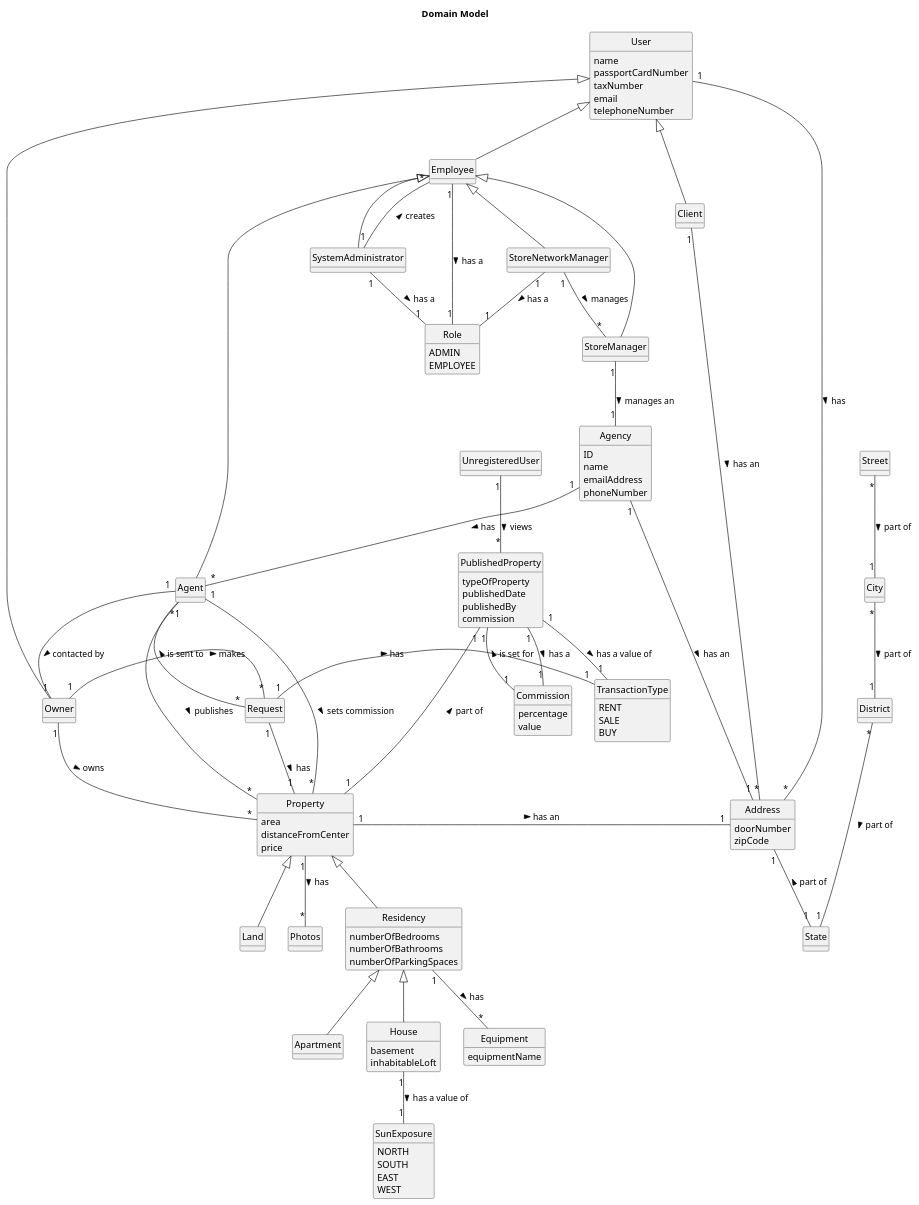
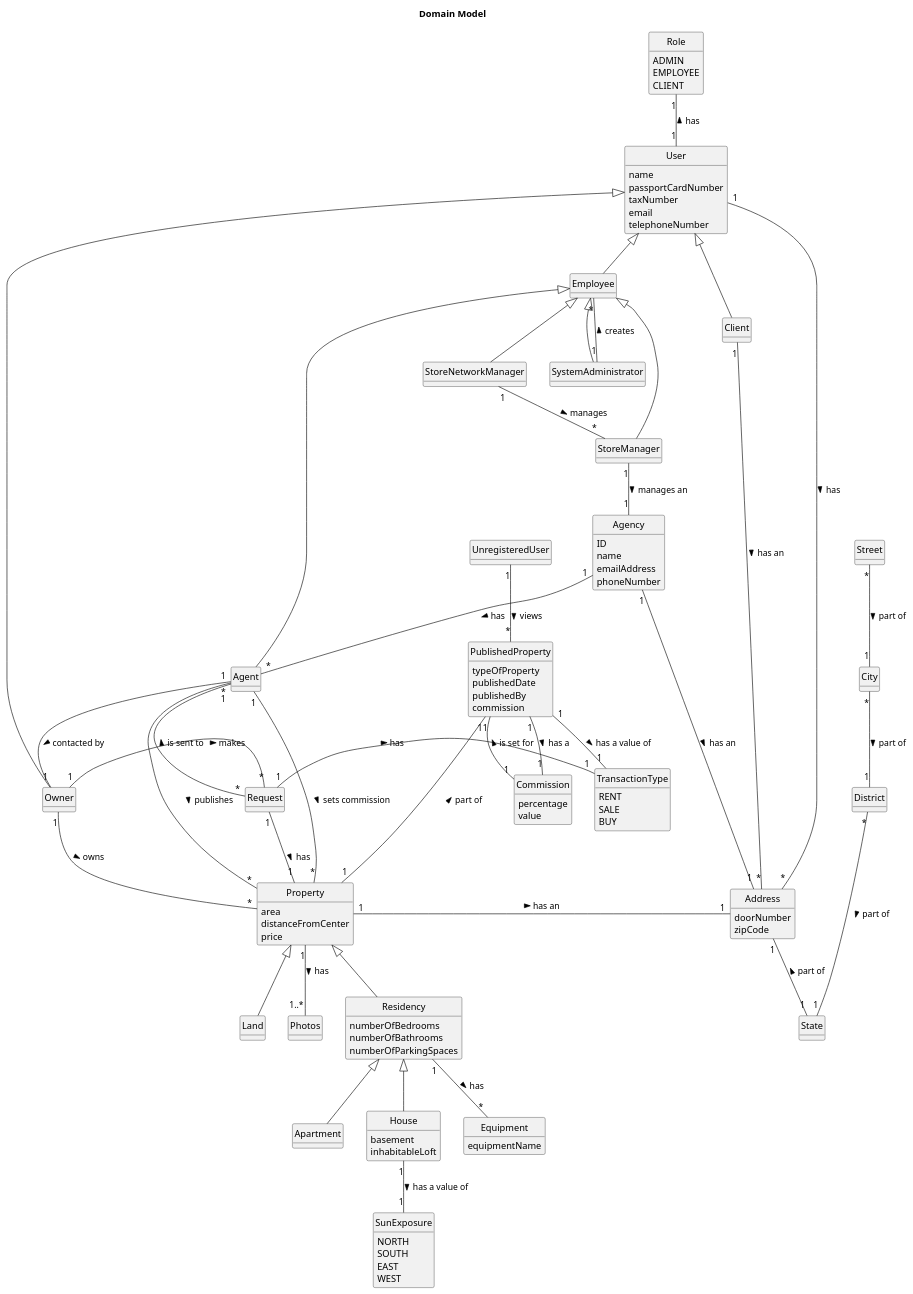
Before and after one commit to Goncalves2525/real-estate-management-system: the diagram in docs/sprintB/global-artifacts/02.analysis/puml/project-domain-model.puml, drawn with PlantUML. The commit also changed 12 other files, not shown here.

```diff
--- a/docs/sprintB/global-artifacts/02.analysis/puml/project-domain-model.puml
+++ b/docs/sprintB/global-artifacts/02.analysis/puml/project-domain-model.puml
@@ -1,166 +1,165 @@
 @startuml
 skinparam monochrome true
 skinparam packageStyle rectangle
 skinparam shadowing false
 skinparam classAttributeIconSize 0
 'skinparam linetype ortho
 hide circle
 hide methods
 
 title Domain Model
 
 class Client extends User{
 }
 
 class Owner extends User {
 }
 
 class Employee extends User{
 }
 
 class Agent extends Employee{
 }
 
 class User{
     name
     passportCardNumber
     taxNumber
     email
     telephoneNumber
 }
 
 class Agency{
     ID
     name
     emailAddress
     phoneNumber
 }
 
 class Property{
     area
     distanceFromCenter
     price
 }
 
 class Photos {
 }
 
 class Address{
     doorNumber
     zipCode
 }
 
 class Street{
 }
 
 class City{
 }
 
 class District{
 }
 
 class State{
 }
 
 class Apartment extends Residency{
 }
 
 class House extends Residency{
     basement
     inhabitableLoft
 }
 
 class Residency extends Property{
     numberOfBedrooms
     numberOfBathrooms
     numberOfParkingSpaces
 
 }
 
 class PublishedProperty{
     typeOfProperty
     publishedDate
     publishedBy
     commission
 }
 
 class Commission{
     percentage
     value
 }
 
 class Land extends Property{
 }
 
 class Equipment{
     equipmentName
 }
 
 class Role{
 ADMIN
 EMPLOYEE
+CLIENT
 }
 
 class SystemAdministrator extends Employee{
 }
 
 class StoreManager extends Employee{
 }
 
 class StoreNetworkManager extends Employee{
 }
 
 class SunExposure{
 NORTH
 SOUTH
 EAST
 WEST
 }
 
 class TransactionType{
 RENT
 SALE
 BUY
 }
 
 class UnregisteredUser{
 }
 
 class Request{
 }
 
 
 StoreNetworkManager "1" -- "*" StoreManager: manages >
 Agency "1" -- "*" Agent: has >
 SystemAdministrator "1" -- "*" Employee: creates >
-Employee "1" -- "1" Role: has a >
-SystemAdministrator "1" -- "1" Role: has a >
-StoreNetworkManager "1" -- "1" Role: has a >
+Role "1" -- "1" User: has <
 Agent "1" -- "1" Owner : contacted by >
 Agent "*" - "*" Property: publishes >
 Agent "1" - "*" Property: sets commission >
 Owner "1" -- "*" Property: owns >
 Owner "1" - "*" Request: makes >
 Request "*" -- "1" Agent: is sent to >
 Request "1" - "1" Property: has >
 Request "1" - "1" TransactionType: has >
 Address "1" -- "1" State : part of <
 City "*" -- "1" District : part of >
 Street "*" -- "1" City : part of >
 District "*" --- "1" State : part of >
 Client "1" -- "*" Address: has an >
-Property "1" -- "*" Photos: has >
+Property "1" -- "1..*" Photos: has >
 PublishedProperty "1" -- "1" Commission: is set for <
 Residency "1" -- "*" Equipment: has >
 PublishedProperty "1" -- "1" Property: part of <
 User "1" -- "*" Address: has >
 Property "1" - "1" Address: has an >
 PublishedProperty "1" -- "1" Commission : has a >
 StoreManager "1" -- "1" Agency: manages an >
 House "1" -- "1" SunExposure: has a value of >
 PublishedProperty "1" -- "1" TransactionType: has a value of >
 Agency "1" -- "1" Address: has an >
 UnregisteredUser "1" -- "*" PublishedProperty: views >
 
 
 @enduml
```
